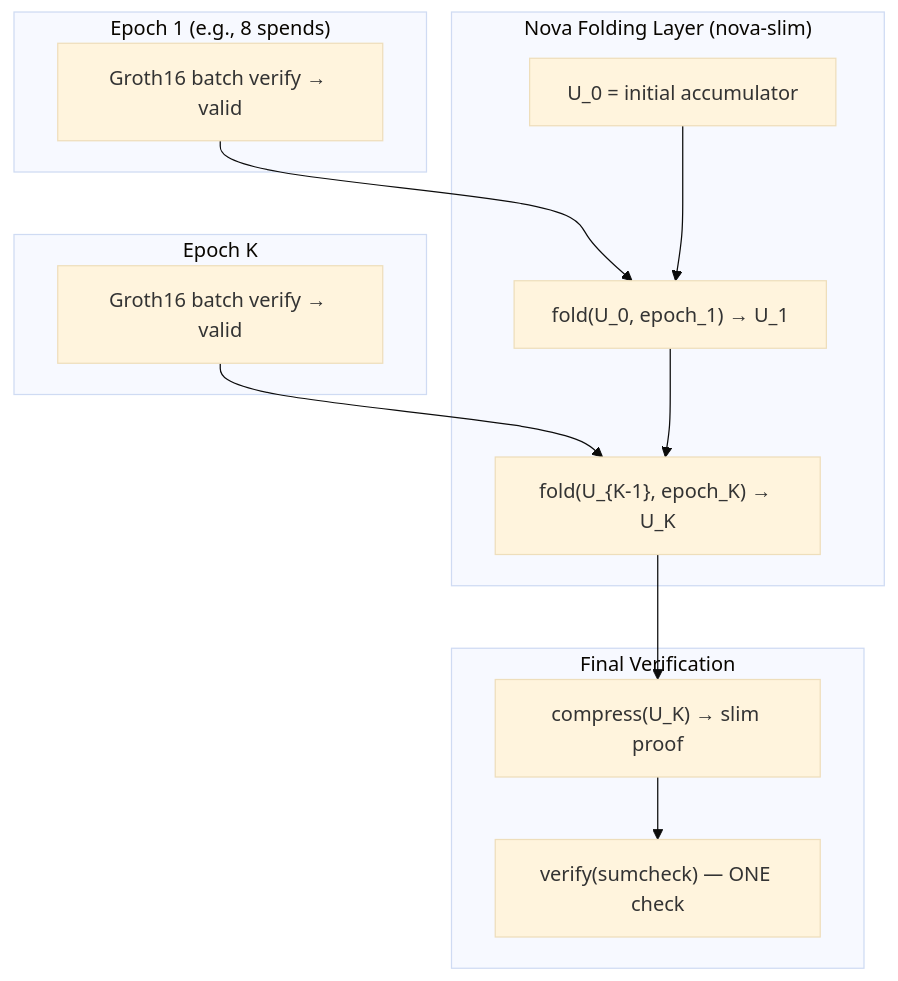
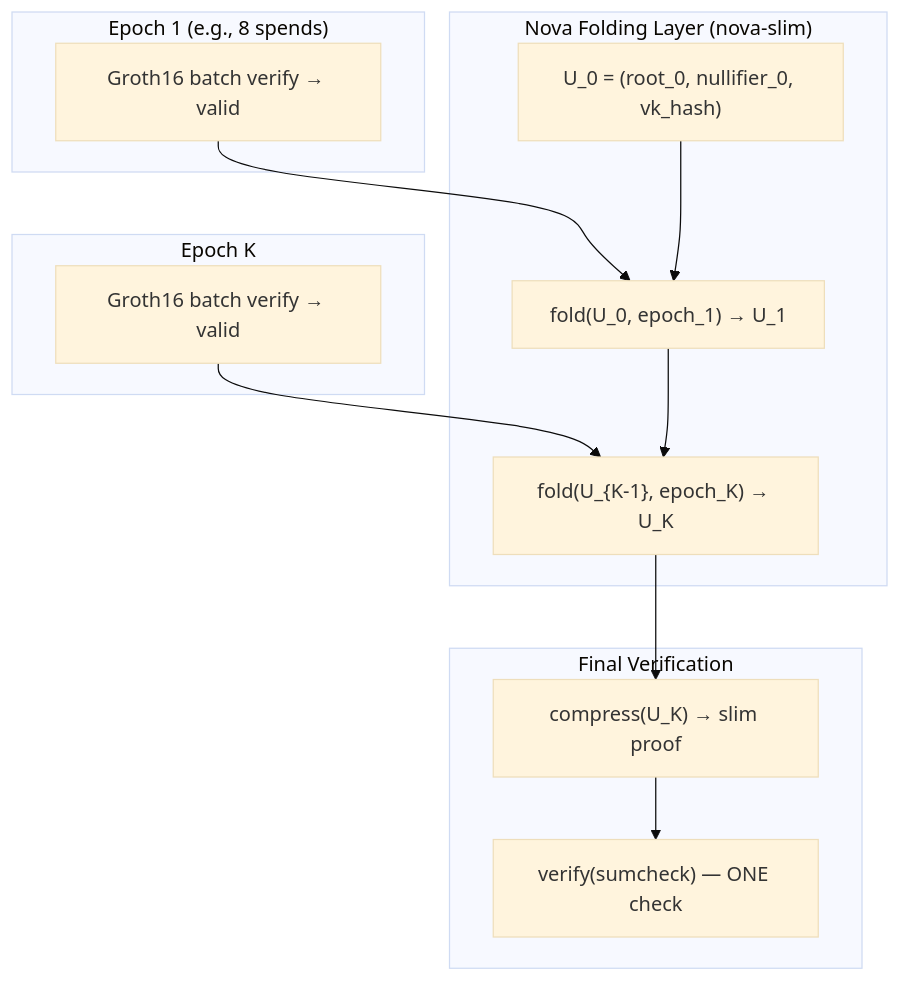
The tenth of 10 diagrams in aiken/selective-disclosure/README.md (cardano-foundation/bls), drawn with Mermaid (base theme) before and after one commit. The commit also changed other lines of this file and 4 other files, not shown here.

````diff
--- a/aiken/selective-disclosure/README.md
+++ b/aiken/selective-disclosure/README.md
@@ -1233,22 +1235,22 @@
 ```mermaid
 graph TB
     subgraph Epoch1["Epoch 1 (e.g., 8 spends)"]
         E1B["Groth16 batch verify → valid"]
     end
     subgraph EpochK["Epoch K"]
         EKB["Groth16 batch verify → valid"]
     end
     subgraph NovaFold["Nova Folding Layer (nova-slim)"]
-        F0["U_0 = initial accumulator"]
+        F0["U_0 = (root_0, nullifier_0, vk_hash)"]
         F1["fold(U_0, epoch_1) → U_1"]
         FK["fold(U_{K-1}, epoch_K) → U_K"]
     end
     subgraph Final["Final Verification"]
         C["compress(U_K) → slim proof"]
         V["verify(sumcheck) — ONE check"]
     end
     E1B --> F1
     EKB --> FK
     F0 --> F1 --> FK
     FK --> C --> V
 ```
````
